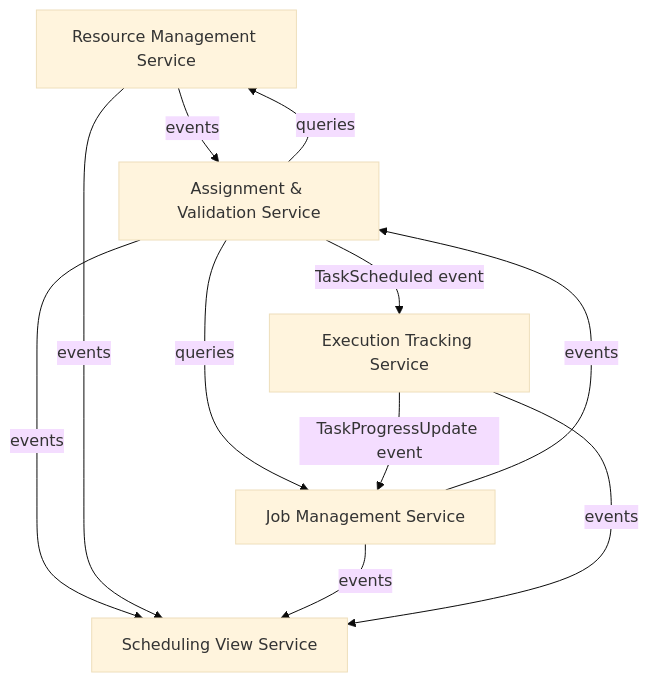
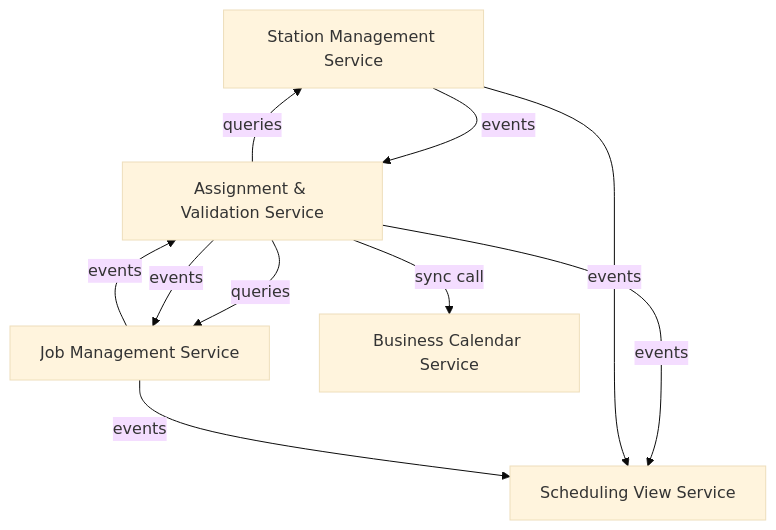
One commit to ikadar/ewlin changed the first of 10 diagrams in docs/architecture/dependency-graphs.md. Above: the diagram before and after it, drawn with Mermaid (base theme). The commit also changed other lines of this file and 539 other files, not shown here.

````diff
--- a/docs/architecture/dependency-graphs.md
+++ b/docs/architecture/dependency-graphs.md
@@ -32,19 +34,18 @@
 ```mermaid
 flowchart TD
-    Resource[Resource Management Service]
+    Station[Station Management Service]
     Job[Job Management Service]
     Assignment[Assignment & Validation Service]
     View[Scheduling View Service]
-    Execution[Execution Tracking Service]
+    Calendar[Business Calendar Service]
 
-    Assignment -->|queries| Resource
+    Assignment -->|queries| Station
     Assignment -->|queries| Job
-    Assignment -->|TaskScheduled event| Execution
+    Assignment -->|sync call| Calendar
     Assignment -->|events| View
-    Resource -->|events| Assignment
-    Resource -->|events| View
+    Station -->|events| Assignment
+    Station -->|events| View
     Job -->|events| Assignment
     Job -->|events| View
-    Execution -->|TaskProgressUpdate event| Job
-    Execution -->|events| View
+    Assignment -->|events| Job
 ```
````
